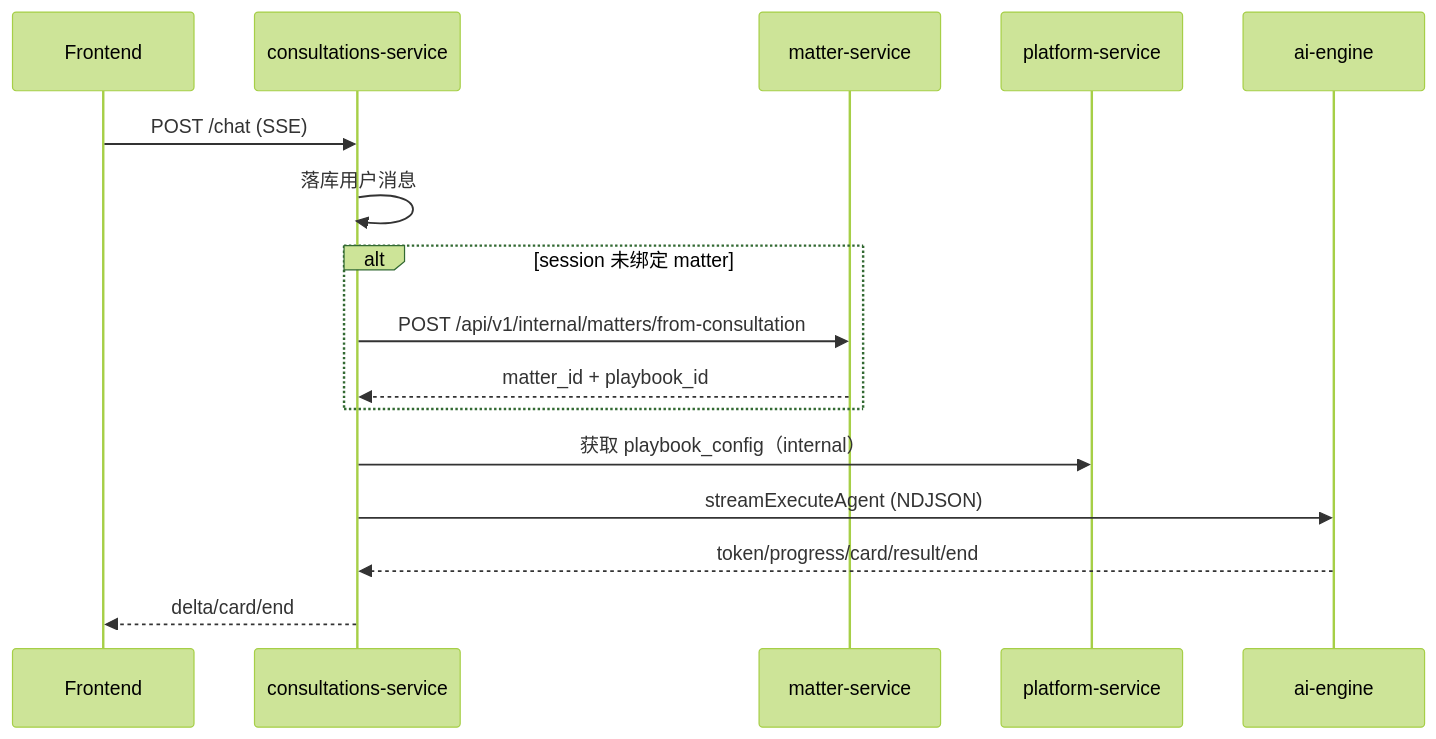
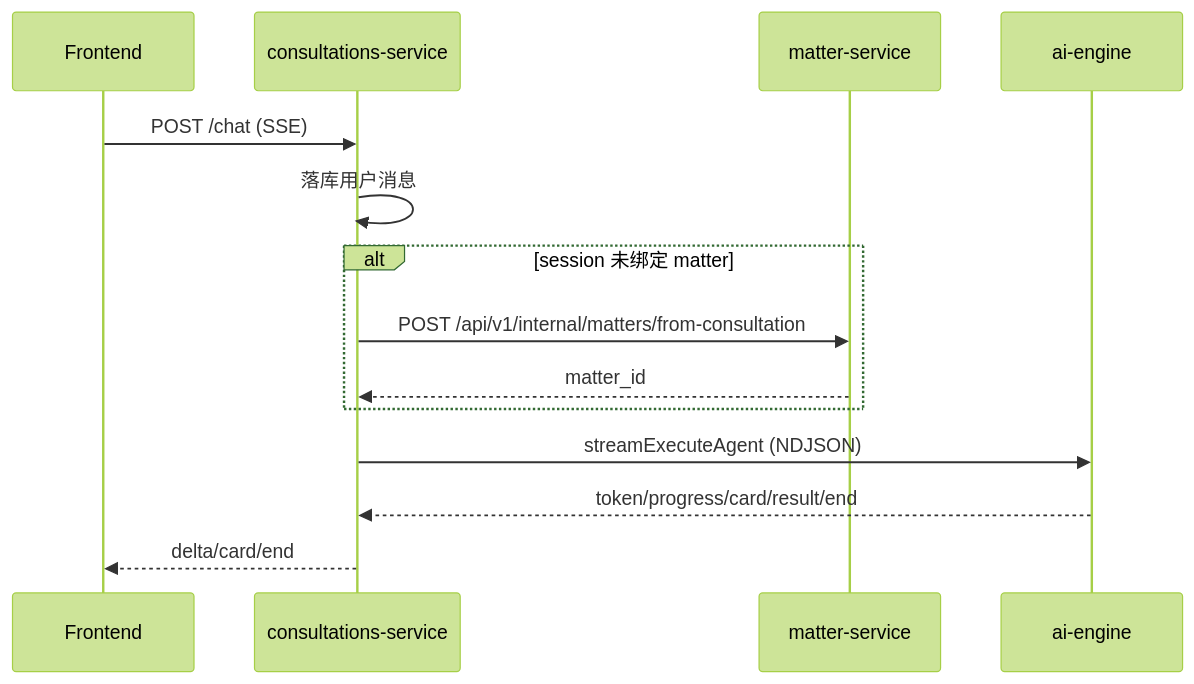
The diagram in flows/consultation-to-matter.md (lawseekdog/docs), drawn with Mermaid (forest theme) before and after one commit. The commit also changed other lines of this file and 21 other files, not shown here.

````diff
--- a/flows/consultation-to-matter.md
+++ b/flows/consultation-to-matter.md
@@ -55,19 +55,17 @@
 ```mermaid
 sequenceDiagram
   participant FE as Frontend
   participant CONS as consultations-service
   participant MAT as matter-service
-  participant PLAT as platform-service
   participant AIE as ai-engine
 
   FE->>CONS: POST /chat (SSE)
   CONS->>CONS: 落库用户消息
   alt session 未绑定 matter
     CONS->>MAT: POST /api/v1/internal/matters/from-consultation
-    MAT-->>CONS: matter_id + playbook_id
+    MAT-->>CONS: matter_id
   end
-  CONS->>PLAT: 获取 playbook_config（internal）
   CONS->>AIE: streamExecuteAgent (NDJSON)
   AIE-->>CONS: token/progress/card/result/end
   CONS-->>FE: delta/card/end
 ```
````
